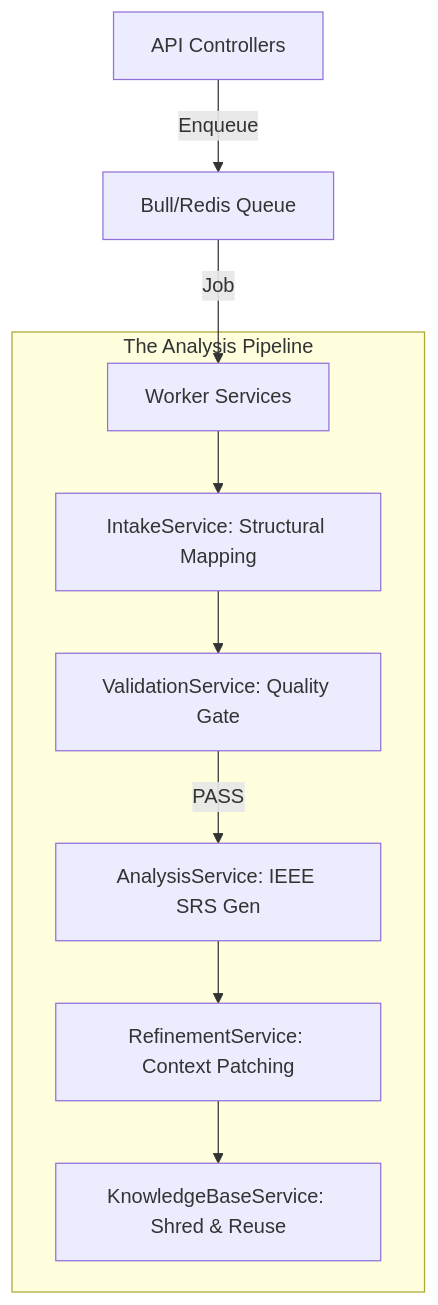
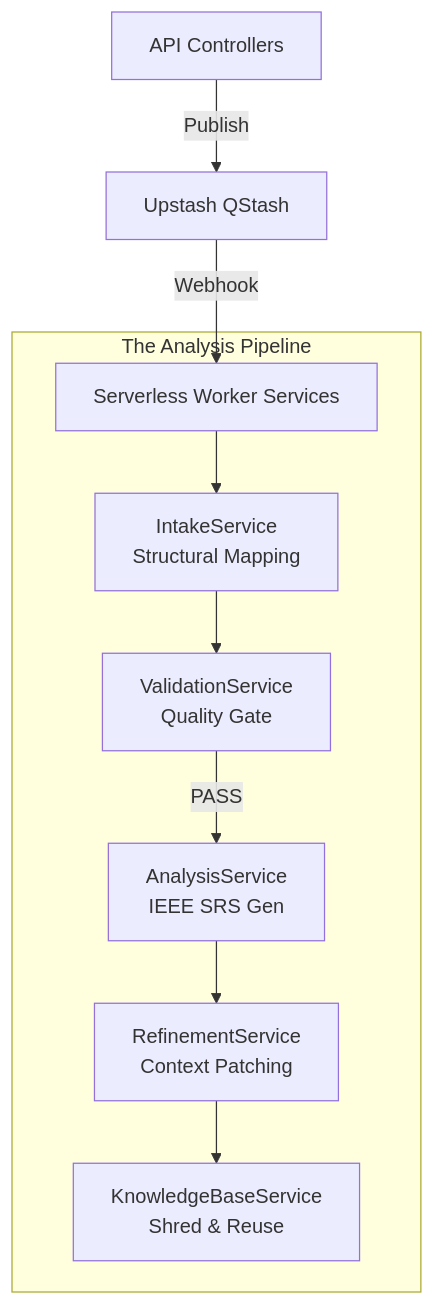
The diagram in backend/README.md (Aniket-a14/SRA), drawn with Mermaid before and after one commit. The commit also changed other lines of this file and 5 other files, not shown here.

````diff
--- a/backend/README.md
+++ b/backend/README.md
@@ -9,13 +14,13 @@
 ```mermaid
 graph TD
-    A[API Controllers] -->|Enqueue| Q[Bull/Redis Queue]
-    Q -->|Job| W[Worker Services]
+    A[API Controllers] -->|Publish| Q[Upstash QStash]
+    Q -->|Webhook| W[Serverless Worker Services]
     
     subgraph "The Analysis Pipeline"
-        W --> L1[IntakeService: Structural Mapping]
-        L1 --> L2[ValidationService: Quality Gate]
-        L2 -->|PASS| L3[AnalysisService: IEEE SRS Gen]
-        L3 --> L4[RefinementService: Context Patching]
-        L4 --> L5[KnowledgeBaseService: Shred & Reuse]
+        W --> L1[IntakeService<br/>Structural Mapping]
+        L1 --> L2[ValidationService<br/>Quality Gate]
+        L2 -->|PASS| L3[AnalysisService<br/>IEEE SRS Gen]
+        L3 --> L4[RefinementService<br/>Context Patching]
+        L4 --> L5[KnowledgeBaseService<br/>Shred & Reuse]
     end
 ```
````
